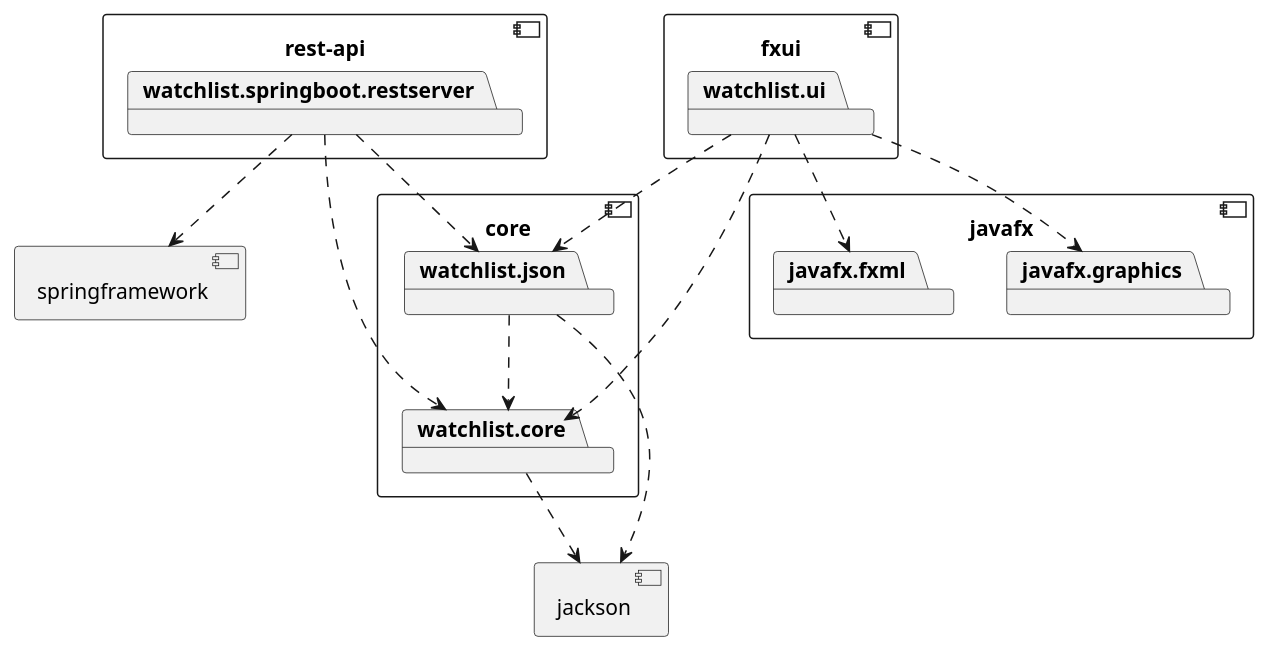
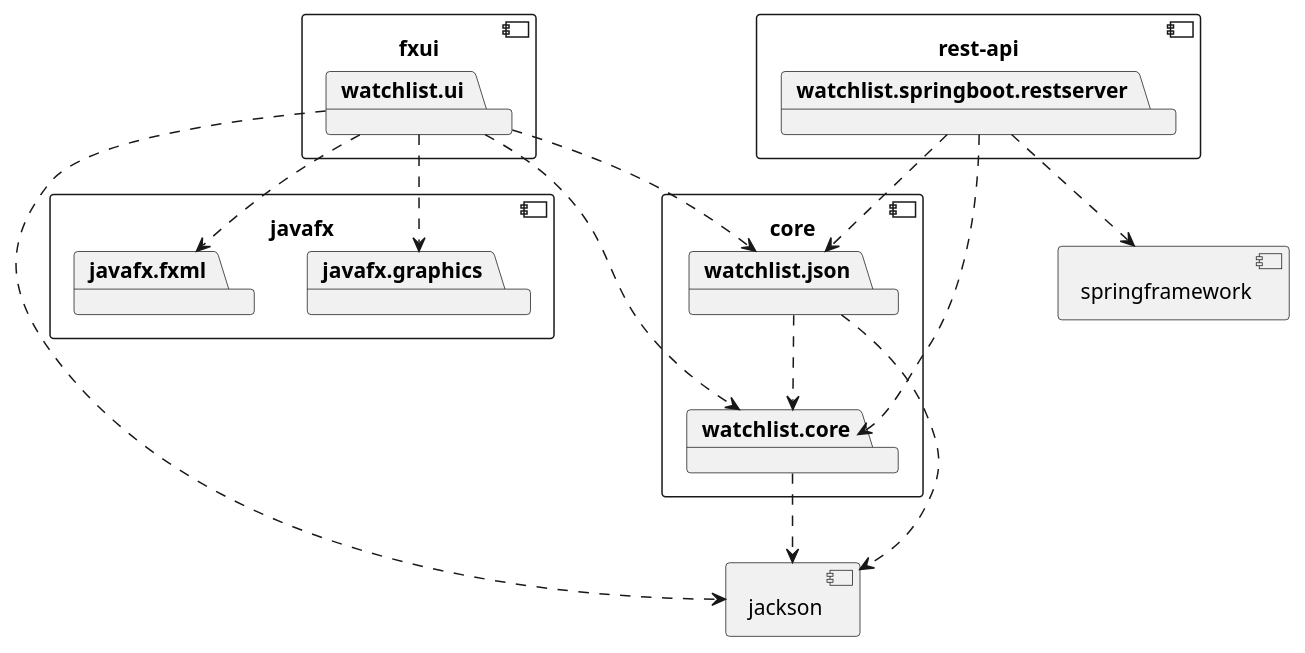
One commit to Vidarsg/Watchlist changed the diagram in docs/release3/pakkediagram.puml. Above: the diagram before and after it, drawn with PlantUML. The commit also changed 3 other files, not shown here.

Commit message:
Expanded architecture.md

```diff
--- a/docs/release3/pakkediagram.puml
+++ b/docs/release3/pakkediagram.puml
@@ -1,41 +1,42 @@
 @startuml pakkediagram
 
 component core {
   package watchlist.core
   package watchlist.json
 }
 
 component jackson {
 }
 
 component fxui {
   package watchlist.ui
 }
 
 component javafx {
   package javafx.graphics
   package javafx.fxml
 }
 
 component rest-api {
   package watchlist.springboot.restserver
 }
 
 component springframework
 
 watchlist.core ..> jackson
 watchlist.json ..> jackson
 
 watchlist.json ..> watchlist.core
 
 watchlist.ui ..> watchlist.core
 watchlist.ui ..> watchlist.json
 watchlist.ui ..> javafx.fxml
 watchlist.ui ..> javafx.graphics
+watchlist.ui ..> jackson
 
 watchlist.springboot.restserver ..> watchlist.json
 watchlist.springboot.restserver ..> watchlist.core
 watchlist.springboot.restserver ..> springframework
 
 
 @enduml
```
